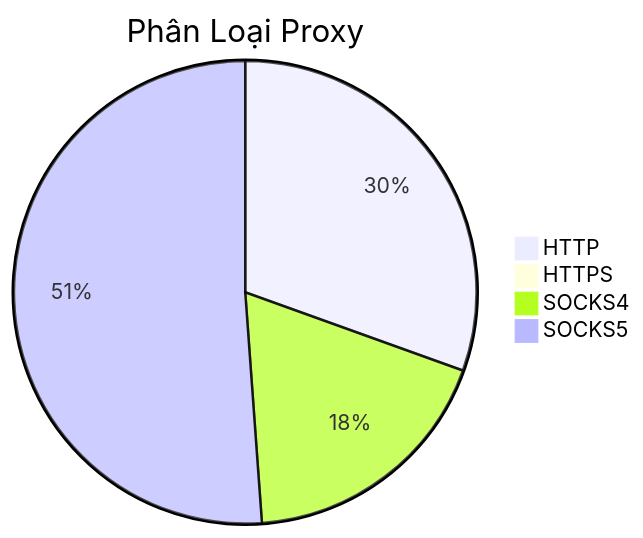
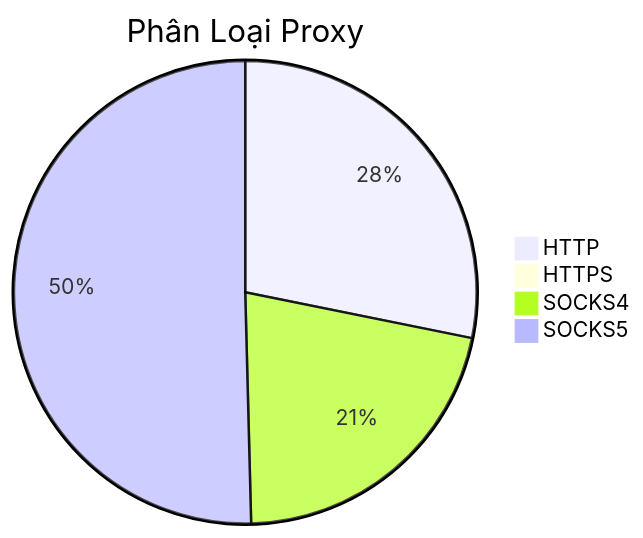
One commit to Ciara-12/PROXY-free changed the diagram in README.md. Above: the diagram before and after it, drawn with Mermaid. The commit also changed other lines of this file and 4 other files, not shown here.

````diff
--- a/README.md
+++ b/README.md
@@ -26,7 +26,7 @@
 ```mermaid
 pie title Phân Loại Proxy
-    "HTTP" : 570
-    "HTTPS" : 0
-    "SOCKS4" : 343
-    "SOCKS5" : 956
+    "HTTP" : 483
+    "HTTPS" : 2
+    "SOCKS4" : 367
+    "SOCKS5" : 864
 ```
````
